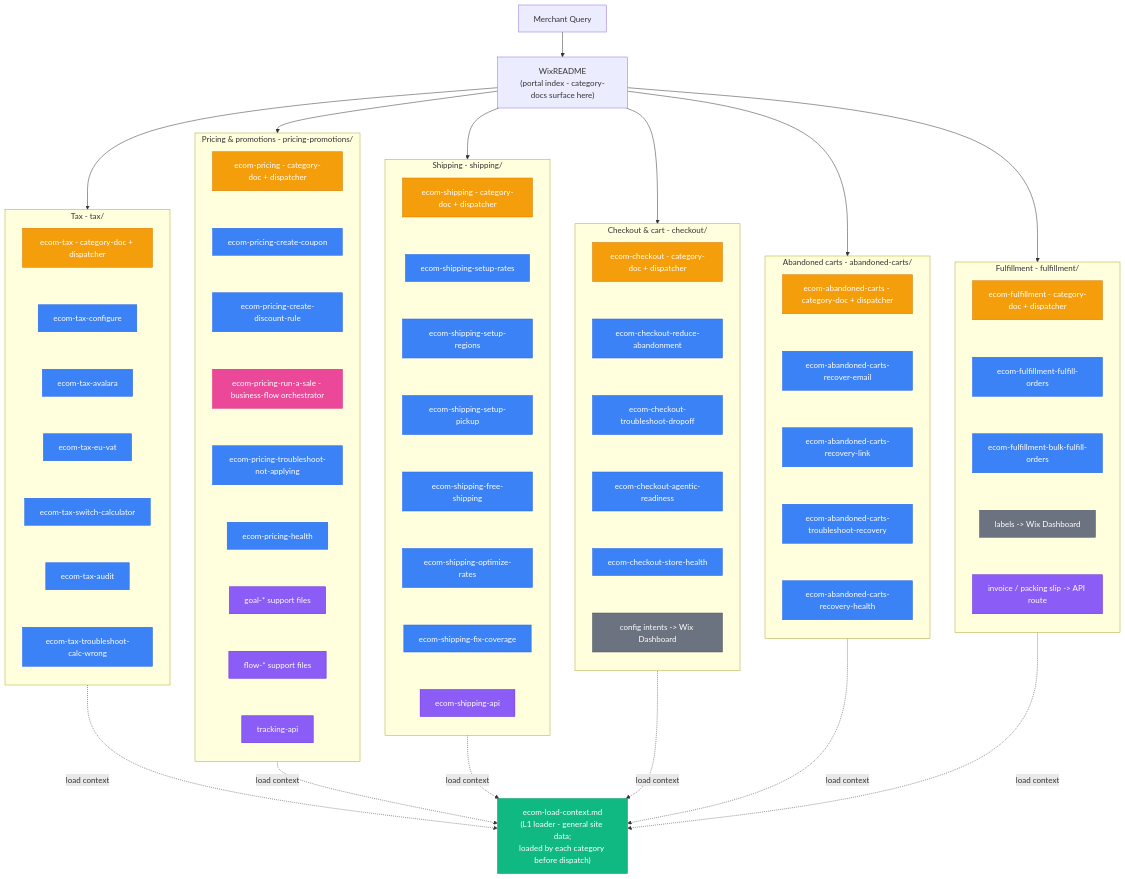
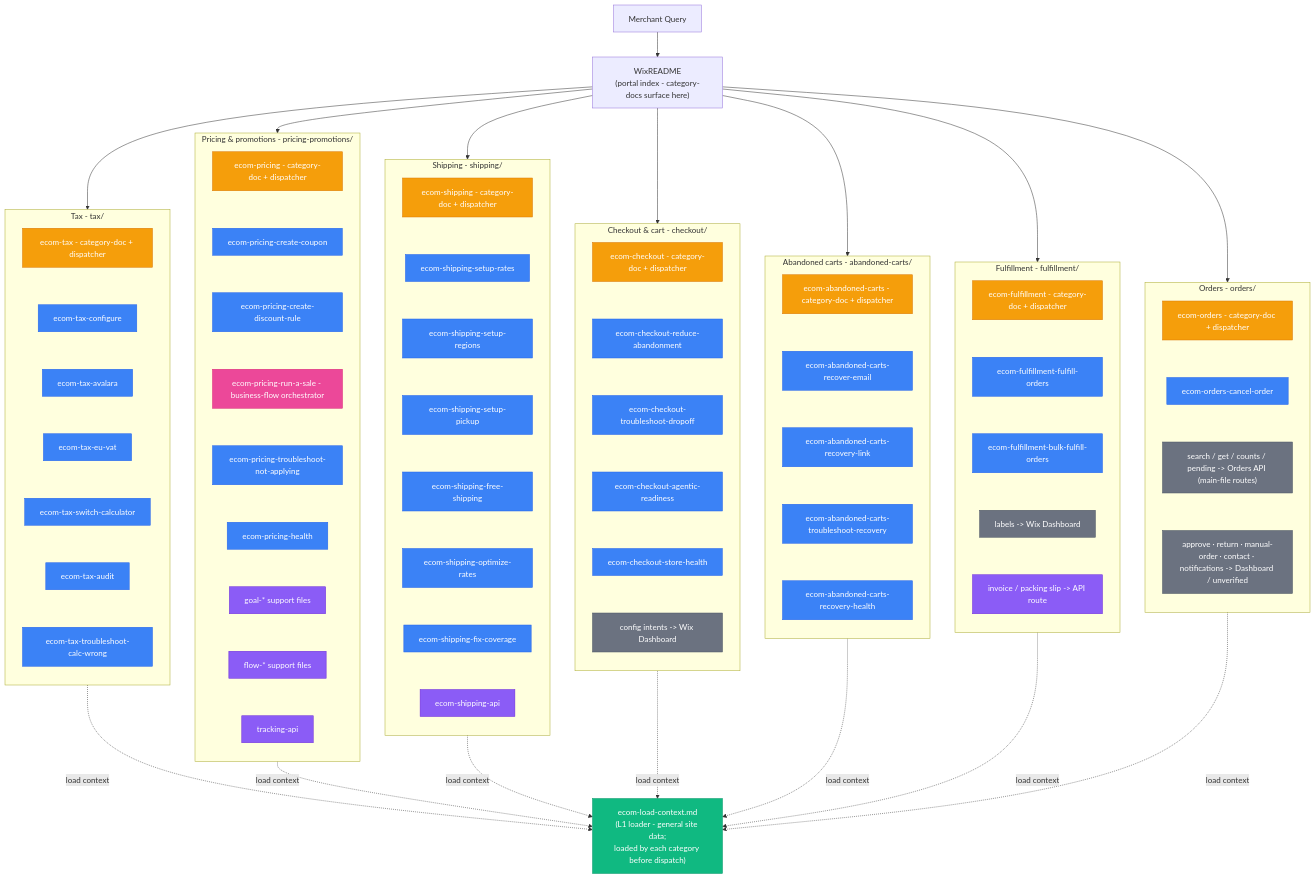
One commit to wix/skills changed the diagram in skills/wix-manage/references/ecommerce/skill-graph.md. Above: the diagram before and after it, drawn with Mermaid. The commit also changed other lines of this file and 1 other file, not shown here.

Commit message:
fix(wix-manage): surface Orders category in skill-graph + routing note
PR #366 added the Orders category (entry + cancel-order, registered in
documentation.yaml + evals + SKILL.md catalog) but omitted it from skill-graph
and the eCommerce routing-note line. Add the Orders subgraph, README arrow,
reachability rows, and include Orders in both summaries. Verified the Orders
APIs are TPA-public (search / get / cancel).

````diff
--- a/skills/wix-manage/references/ecommerce/skill-graph.md
+++ b/skills/wix-manage/references/ecommerce/skill-graph.md
@@ -15,6 +15,7 @@
     README --> CHECKOUT
     README --> ABANDONED
     README --> FULFILL
+    README --> ORDERS
 
     LOADER["ecom-load-context.md<br/>(L1 loader - general site data;<br/>loaded by each category before dispatch)"]
     TAX -.-> |load context| LOADER
@@ -23,6 +24,7 @@
     CHECKOUT -.-> |load context| LOADER
     ABANDONED -.-> |load context| LOADER
     FULFILL -.-> |load context| LOADER
+    ORDERS -.-> |load context| LOADER
 
     subgraph TAX["Tax - tax/"]
         direction TB
@@ -94,6 +96,15 @@
         FDEF ~~~ FO ~~~ FB ~~~ FL ~~~ FI
     end
 
+    subgraph ORDERS["Orders - orders/"]
+        direction TB
+        ODEF["ecom-orders - category-doc + dispatcher"]
+        OC["ecom-orders-cancel-order"]
+        OS["search / get / counts / pending -> Orders API (main-file routes)"]
+        OH["approve · return · manual-order · contact · notifications -> Dashboard / unverified"]
+        ODEF ~~~ OC ~~~ OS ~~~ OH
+    end
+
     classDef dispatcher fill:#f59e0b,stroke:#d97706,color:#fff
     classDef promotion fill:#3b82f6,stroke:#2563eb,color:#fff
     classDef orchestrator fill:#ec4899,stroke:#db2777,color:#fff
@@ -101,10 +112,10 @@
     classDef loader fill:#10b981,stroke:#059669,color:#fff
     classDef legacy fill:#6b7280,stroke:#4b5563,color:#fff
 
-    class TAXDEF,PRICEDEF,SHIPDEF,CHKDEF,ACDEF,FDEF dispatcher
-    class TC,TA,TV,TS,TU,TT,PC,PD,PB,PH,SR,SG,SP,SF,SO,SX,CR,CT,CA,CH,AR,AL,AT,AH,FO,FB promotion
+    class TAXDEF,PRICEDEF,SHIPDEF,CHKDEF,ACDEF,FDEF,ODEF dispatcher
+    class TC,TA,TV,TS,TU,TT,PC,PD,PB,PH,SR,SG,SP,SF,SO,SX,CR,CT,CA,CH,AR,AL,AT,AH,FO,FB,OC promotion
     class PR orchestrator
     class PG,PF,PV,SS,FI support
     class LOADER loader
-    class CD,FL legacy
+    class CD,FL,OS,OH legacy
 ```
````
